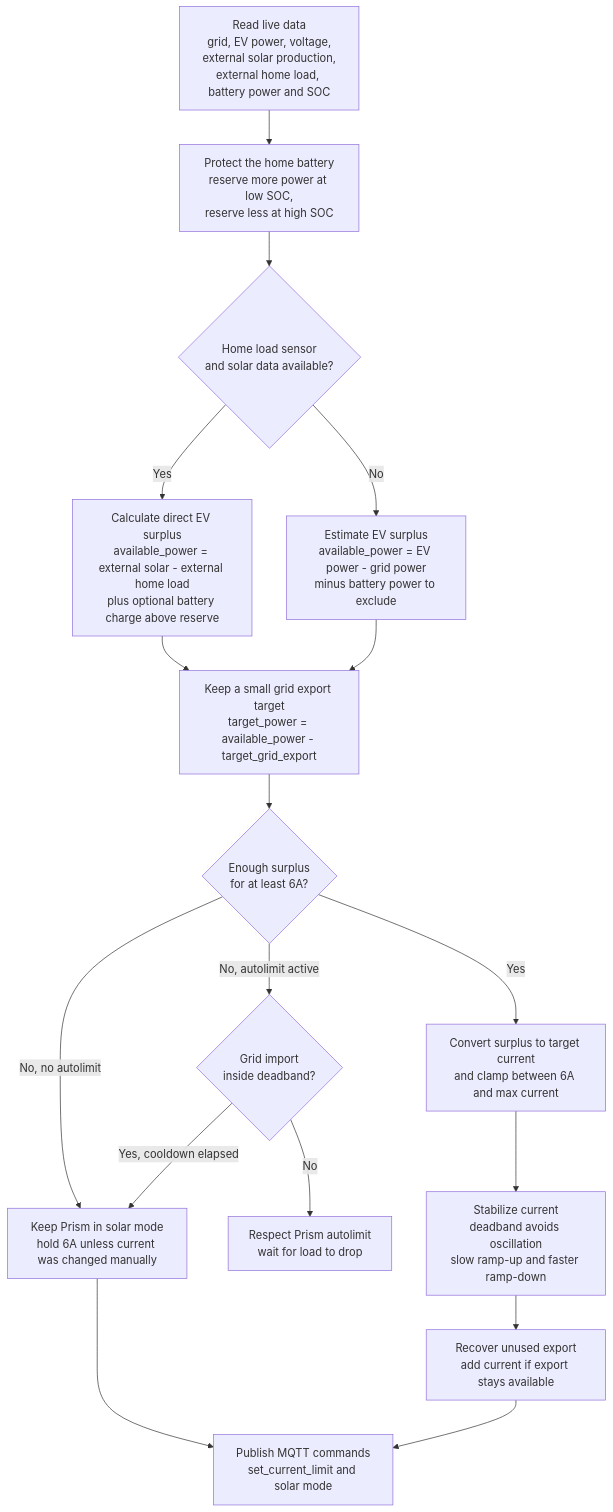
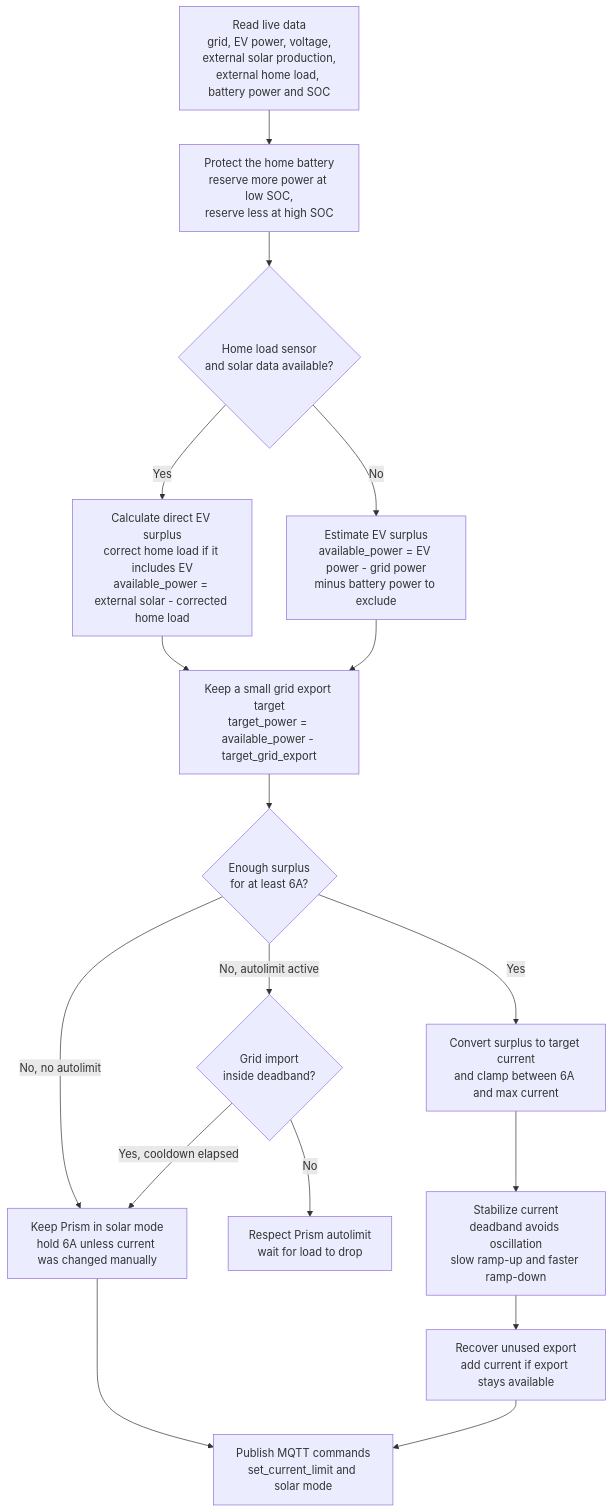
The diagram in README.md (italoc/silla-prism-integration), drawn with Mermaid before and after one commit. The commit also changed other lines of this file and 6 other files, not shown here.

````diff
--- a/README.md
+++ b/README.md
@@ -183,21 +190,21 @@
 ```mermaid
 flowchart TD
     A["Read live data<br/>grid, EV power, voltage,<br/>external solar production,<br/>external home load, battery power and SOC"] --> B["Protect the home battery<br/>reserve more power at low SOC,<br/>reserve less at high SOC"]
     B --> C{"Home load sensor<br/>and solar data available?"}
-    C -->|Yes| C1["Calculate direct EV surplus<br/>available_power = external solar - external home load<br/>plus optional battery charge above reserve"]
+    C -->|Yes| C1["Calculate direct EV surplus<br/>correct home load if it includes EV<br/>available_power = external solar - corrected home load"]
     C -->|No| C2["Estimate EV surplus<br/>available_power = EV power - grid power<br/>minus battery power to exclude"]
     C1 --> D["Keep a small grid export target<br/>target_power = available_power - target_grid_export"]
     C2 --> D["Keep a small grid export target<br/>target_power = available_power - target_grid_export"]
     D --> E{"Enough surplus<br/>for at least 6A?"}
 
     E -->|No, autolimit active| F{"Grid import<br/>inside deadband?"}
     E -->|No, no autolimit| G["Keep Prism in solar mode<br/>hold 6A unless current was changed manually"]
     E -->|Yes| H["Convert surplus to target current<br/>and clamp between 6A and max current"]
 
     F -->|No| L["Respect Prism autolimit<br/>wait for load to drop"]
     F -->|Yes, cooldown elapsed| G
     G --> K["Publish MQTT commands<br/>set_current_limit and solar mode"]
     H --> I["Stabilize current<br/>deadband avoids oscillation<br/>slow ramp-up and faster ramp-down"]
     I --> J["Recover unused export<br/>add current if export stays available"]
     J --> K["Publish MQTT commands<br/>set_current_limit and solar mode"]
 ```
````
